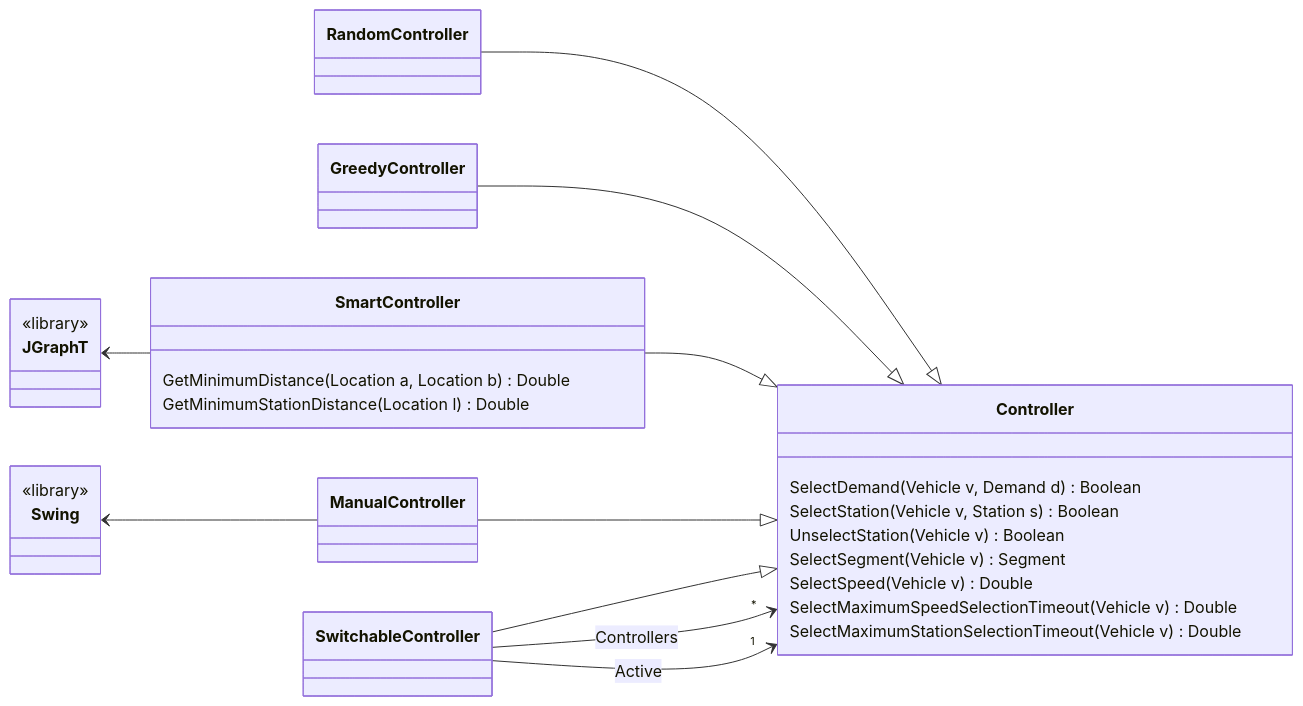
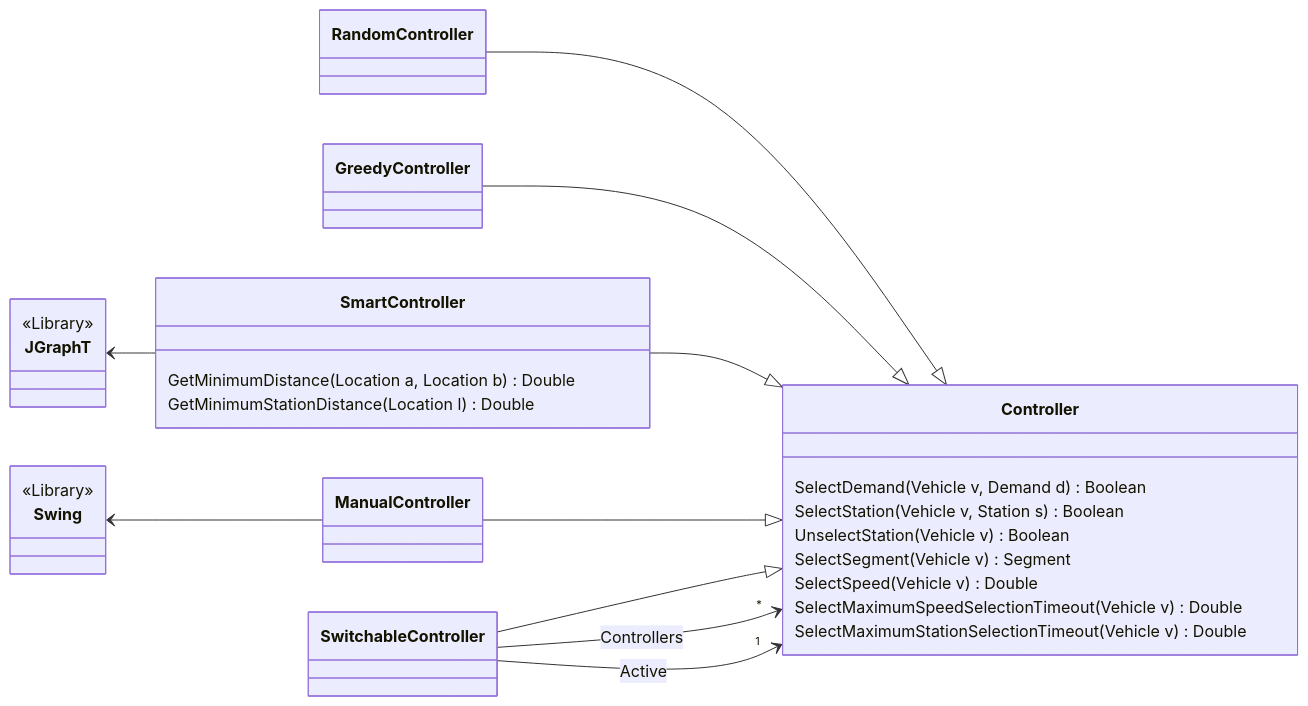
The diagram in diagrams/controller/classes.mmd (ghackenberg/transport-ide), drawn with Mermaid before and after one commit. The commit also changed 18 other files, not shown here.

Commit message:
generate mermaid svgs and use in readme

```diff
--- a/diagrams/controller/classes.mmd
+++ b/diagrams/controller/classes.mmd
@@ -1,41 +1,46 @@
 classDiagram
     direction LR
+
     class Controller {
         SelectDemand(Vehicle v, Demand d) Boolean
         SelectStation(Vehicle v, Station s) Boolean
         UnselectStation(Vehicle v) Boolean
         SelectSegment(Vehicle v) Segment
         SelectSpeed(Vehicle v) Double
         SelectMaximumSpeedSelectionTimeout(Vehicle v) Double
         SelectMaximumStationSelectionTimeout(Vehicle v) Double
     }
     class RandomController {
 
     }
     class GreedyController {
 
     }
     class SmartController {
         GetMinimumDistance(Location a, Location b) Double
         GetMinimumStationDistance(Location l) Double
     }
     class ManualController {
 
     }
     class JGraphT {
-        <<library>>
+        
     }
     class Swing {
-        <<library>>
+        
     }
+
+    <<Library>> JGraphT
+    <<Library>> Swing
+
     RandomController --|> Controller
     GreedyController --|> Controller
     SmartController --|> Controller
     ManualController --|> Controller
     
     SwitchableController --|> Controller
     SwitchableController --> "*" Controller:Controllers
     SwitchableController --> "1" Controller:Active
 
     JGraphT <-- SmartController
     Swing <-- ManualController
```
